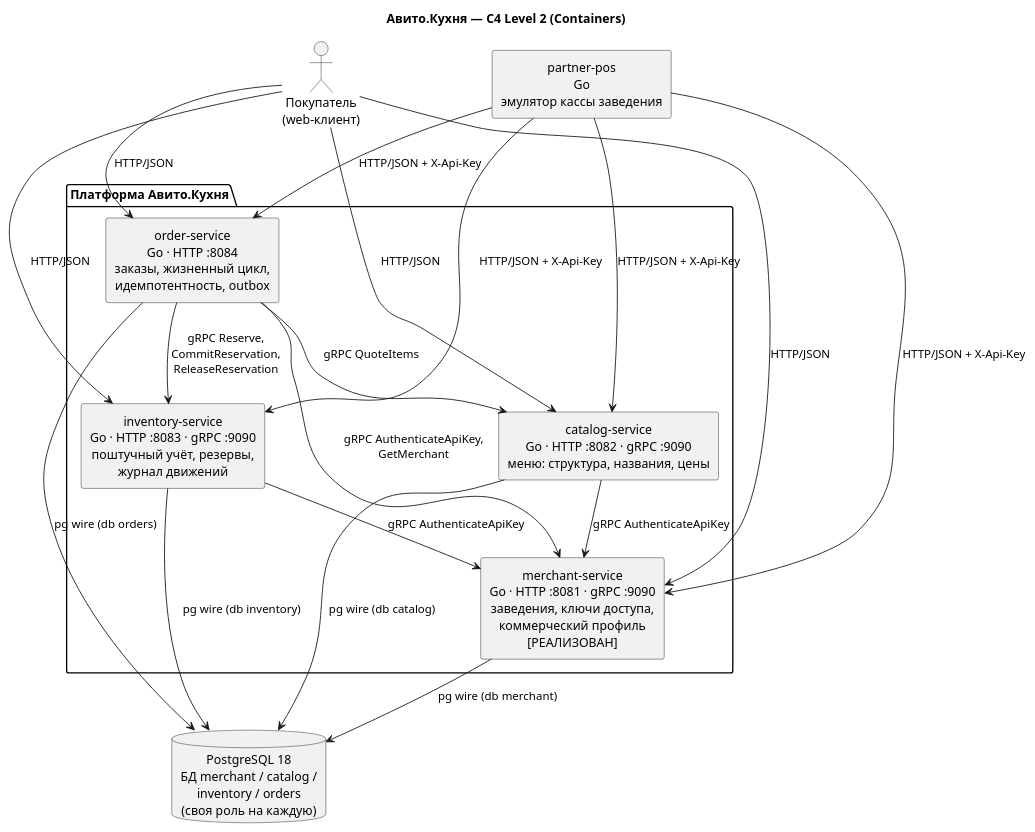
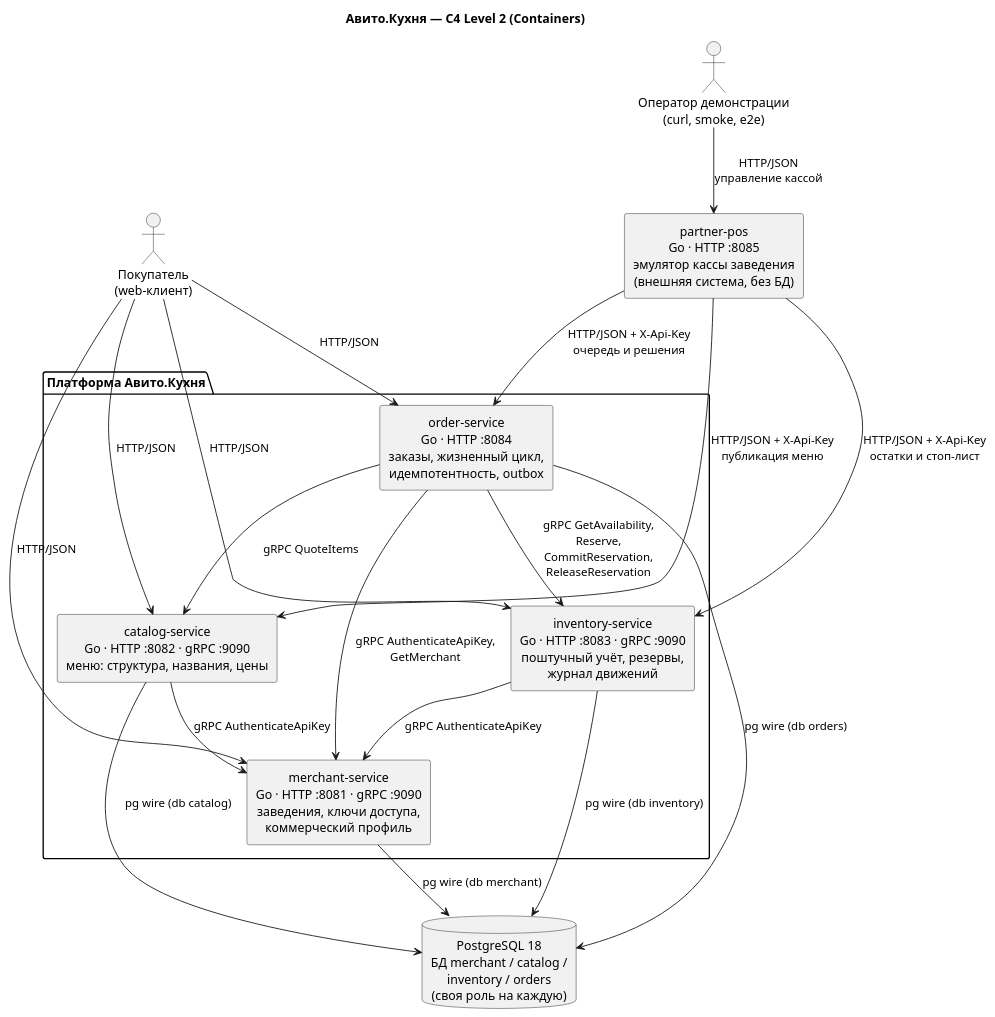
The diagram in docs/c4/containers.puml (WlcM111/avito_test_backend), drawn with PlantUML before and after one commit. The commit also changed 63 other files, not shown here.

```diff
--- a/docs/c4/containers.puml
+++ b/docs/c4/containers.puml
@@ -1,40 +1,42 @@
 @startuml containers
 title Авито.Кухня — C4 Level 2 (Containers)
 
 skinparam componentStyle rectangle
 skinparam defaultTextAlignment center
 
 actor "Покупатель\n(web-клиент)" as customer
-component "partner-pos\nGo\nэмулятор кассы заведения" as pos
+actor "Оператор демонстрации\n(curl, smoke, e2e)" as operator
+component "partner-pos\nGo · HTTP :8085\nэмулятор кассы заведения\n(внешняя система, без БД)" as pos
 
 package "Платформа Авито.Кухня" {
-  component "merchant-service\nGo · HTTP :8081 · gRPC :9090\nзаведения, ключи доступа,\nкоммерческий профиль\n[РЕАЛИЗОВАН]" as merchant
+  component "merchant-service\nGo · HTTP :8081 · gRPC :9090\nзаведения, ключи доступа,\nкоммерческий профиль" as merchant
   component "catalog-service\nGo · HTTP :8082 · gRPC :9090\nменю: структура, названия, цены" as catalog
   component "inventory-service\nGo · HTTP :8083 · gRPC :9090\nпоштучный учёт, резервы,\nжурнал движений" as inventory
   component "order-service\nGo · HTTP :8084\nзаказы, жизненный цикл,\nидемпотентность, outbox" as order
 }
 
 database "PostgreSQL 18\nБД merchant / catalog /\ninventory / orders\n(своя роль на каждую)" as db
 
 customer --> merchant : HTTP/JSON
 customer --> catalog  : HTTP/JSON
 customer --> inventory : HTTP/JSON
 customer --> order    : HTTP/JSON
 
-pos --> merchant  : HTTP/JSON + X-Api-Key
-pos --> catalog   : HTTP/JSON + X-Api-Key
-pos --> inventory : HTTP/JSON + X-Api-Key
-pos --> order     : HTTP/JSON + X-Api-Key
+operator --> pos : HTTP/JSON\nуправление кассой
+
+pos --> catalog   : HTTP/JSON + X-Api-Key\nпубликация меню
+pos --> inventory : HTTP/JSON + X-Api-Key\nостатки и стоп-лист
+pos --> order     : HTTP/JSON + X-Api-Key\nочередь и решения
 
 catalog   --> merchant : gRPC AuthenticateApiKey
 inventory --> merchant : gRPC AuthenticateApiKey
 order     --> merchant : gRPC AuthenticateApiKey,\nGetMerchant
 order     --> catalog  : gRPC QuoteItems
-order     --> inventory : gRPC Reserve,\nCommitReservation,\nReleaseReservation
+order     --> inventory : gRPC GetAvailability,\nReserve,\nCommitReservation,\nReleaseReservation
 
 merchant  --> db : pg wire (db merchant)
 catalog   --> db : pg wire (db catalog)
 inventory --> db : pg wire (db inventory)
 order     --> db : pg wire (db orders)
 
 @enduml
```
